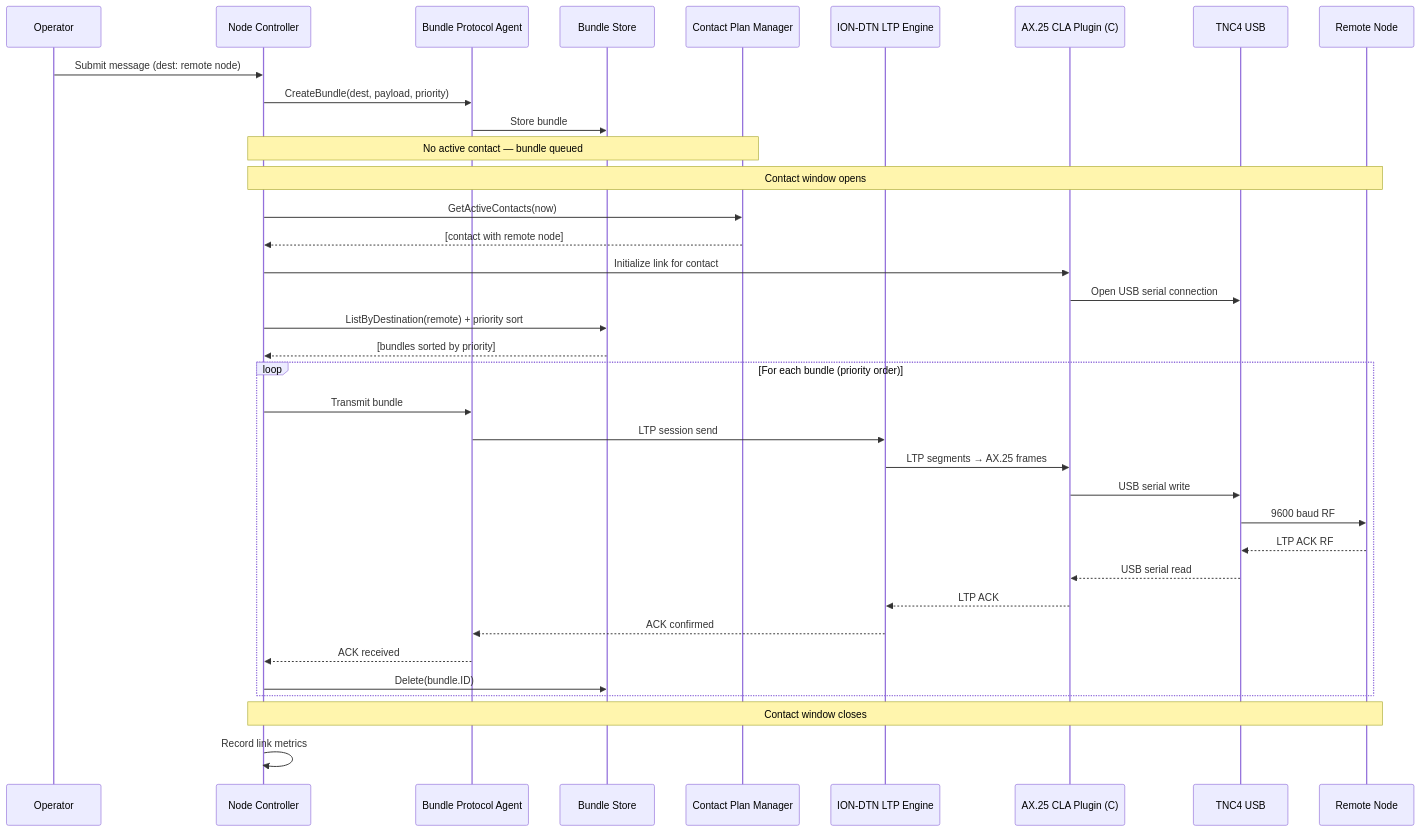
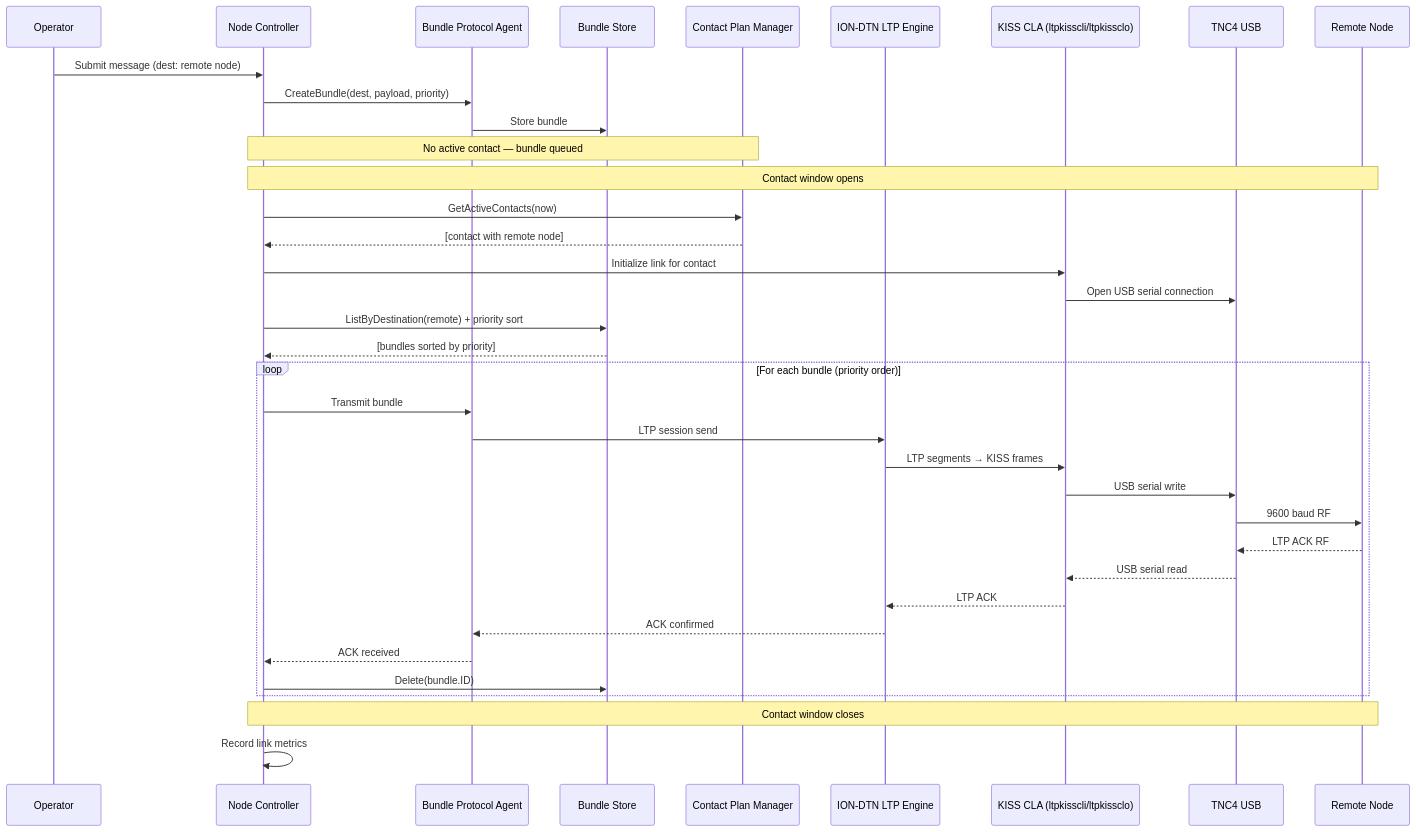
One commit to g4dpz/cislunar_proposal changed the fourth of 4 diagrams in docs/terrestrial-dtn-phase1/design.md. Above: the diagram before and after it, drawn with Mermaid. The commit also changed other lines of this file and 17 other files, not shown here.

Commit message:
Replace AX.25 with LTP-over-KISS and dtn:// EIDs across all specs, add cislunar redirect conf

````diff
--- a/docs/terrestrial-dtn-phase1/design.md
+++ b/docs/terrestrial-dtn-phase1/design.md
@@ -120,40 +120,40 @@
 ```mermaid
 sequenceDiagram
     participant Op as Operator
     participant NC as Node Controller
     participant BPA as Bundle Protocol Agent
     participant BS as Bundle Store
     participant CPM as Contact Plan Manager
     participant LTP as ION-DTN LTP Engine
-    participant CLA as AX.25 CLA Plugin (C)
+    participant CLA as KISS CLA (ltpkisscli/ltpkissclo)
     participant TNC as TNC4 USB
     participant Remote as Remote Node
 
     Op->>NC: Submit message (dest: remote node)
     NC->>BPA: CreateBundle(dest, payload, priority)
     BPA->>BS: Store bundle
     Note over NC,CPM: No active contact — bundle queued
 
     Note over NC,Remote: Contact window opens
     NC->>CPM: GetActiveContacts(now)
     CPM-->>NC: [contact with remote node]
     NC->>CLA: Initialize link for contact
     CLA->>TNC: Open USB serial connection
     NC->>BS: ListByDestination(remote) + priority sort
     BS-->>NC: [bundles sorted by priority]
     loop For each bundle (priority order)
         NC->>BPA: Transmit bundle
         BPA->>LTP: LTP session send
-        LTP->>CLA: LTP segments → AX.25 frames
+        LTP->>CLA: LTP segments → KISS frames
         CLA->>TNC: USB serial write
         TNC->>Remote: 9600 baud RF
         Remote-->>TNC: LTP ACK RF
         TNC-->>CLA: USB serial read
         CLA-->>LTP: LTP ACK
         LTP-->>BPA: ACK confirmed
         BPA-->>NC: ACK received
         NC->>BS: Delete(bundle.ID)
     end
     Note over NC,Remote: Contact window closes
     NC->>NC: Record link metrics
 ```
````
